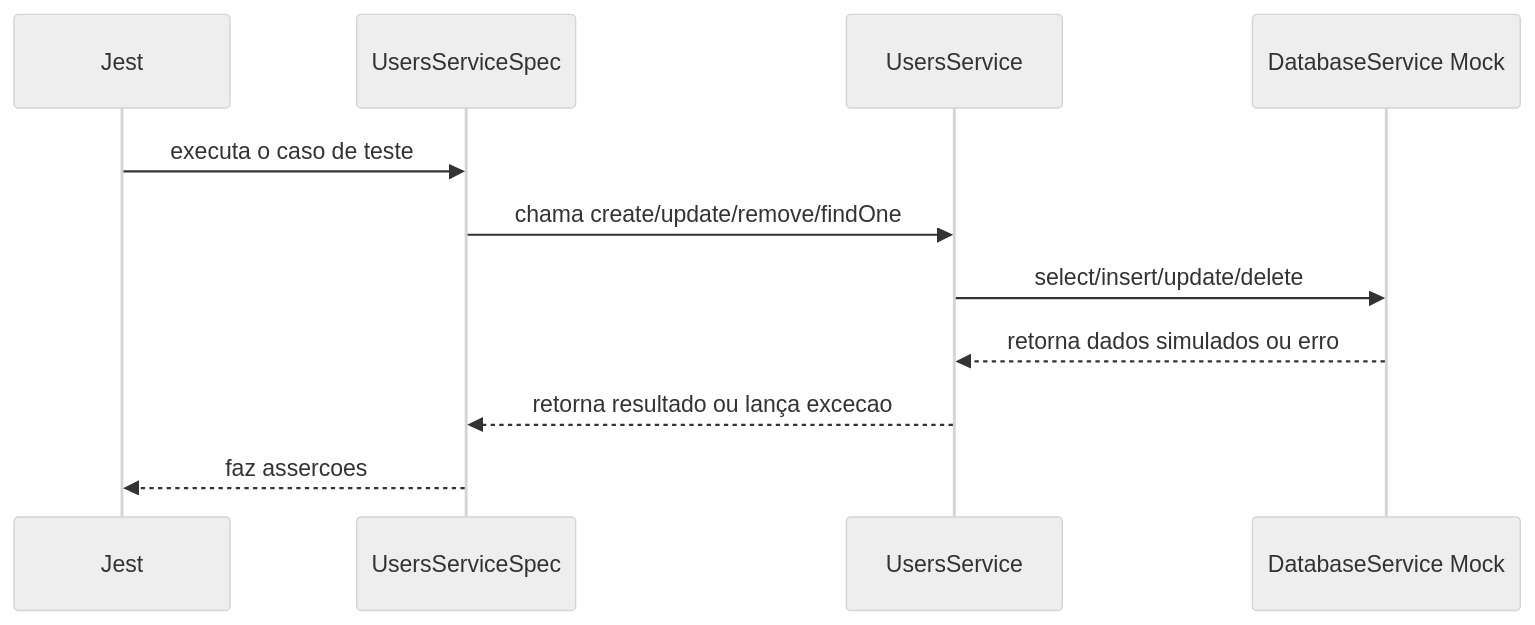
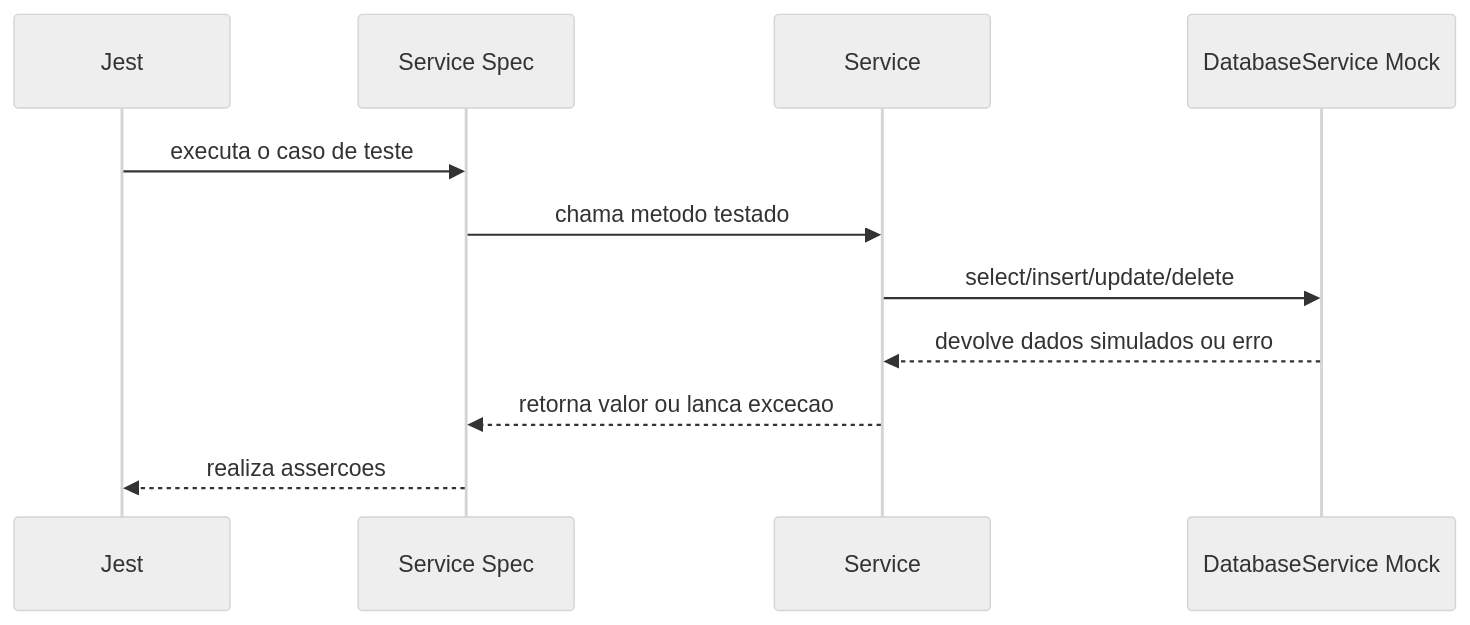
One commit to arleysouza/tpII-2026-1-testes-unitarios-nestjs changed the second of 2 diagrams in README.md. Above: the diagram before and after it, drawn with Mermaid (neutral theme). The commit also changed other lines of this file, not shown here.

````diff
--- a/README.md
+++ b/README.md
@@ -343,14 +157,14 @@
 ```mermaid
 sequenceDiagram
   participant Jest
-  participant Spec as UsersServiceSpec
-  participant Service as UsersService
+  participant Spec as Service Spec
+  participant Service
   participant MockDB as DatabaseService Mock
 
   Jest->>Spec: executa o caso de teste
-  Spec->>Service: chama create/update/remove/findOne
+  Spec->>Service: chama metodo testado
   Service->>MockDB: select/insert/update/delete
-  MockDB-->>Service: retorna dados simulados ou erro
-  Service-->>Spec: retorna resultado ou lança excecao
-  Spec-->>Jest: faz assercoes
+  MockDB-->>Service: devolve dados simulados ou erro
+  Service-->>Spec: retorna valor ou lanca excecao
+  Spec-->>Jest: realiza assercoes
 ```
````
